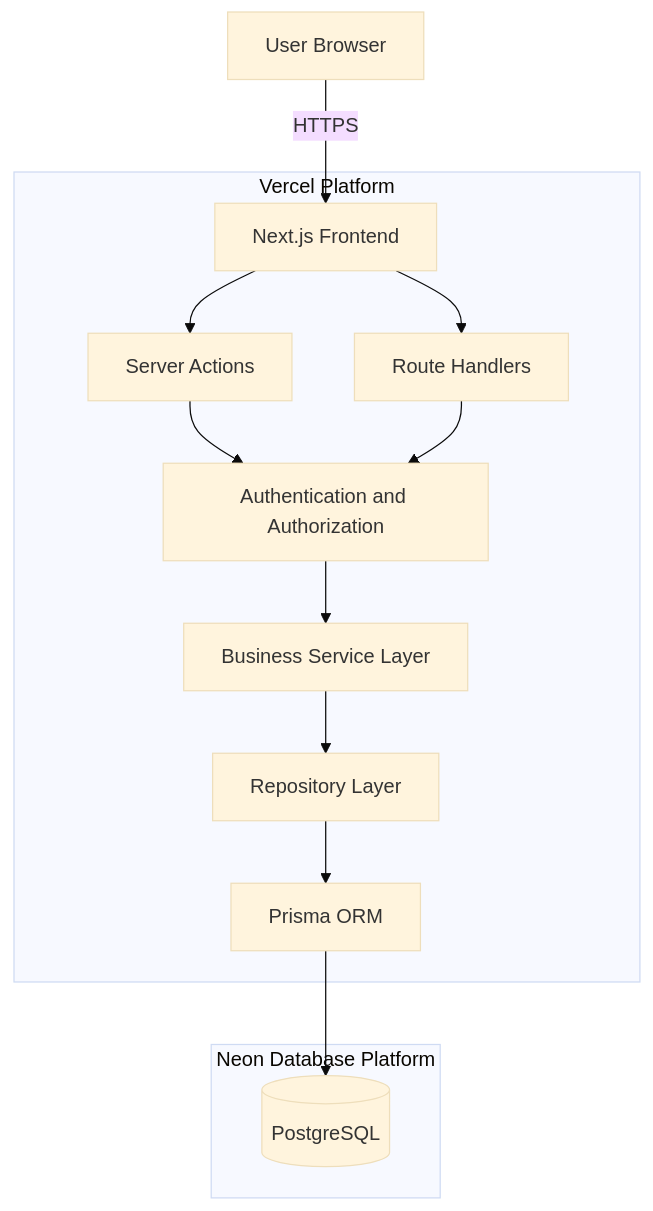
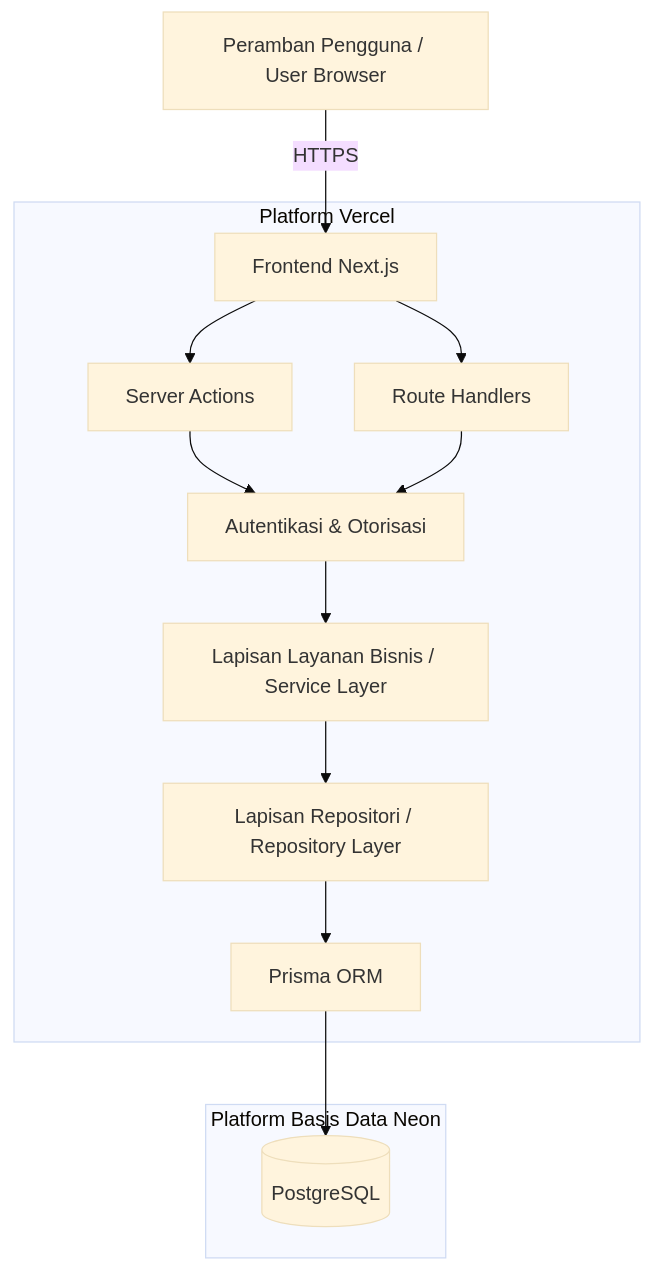
Before and after one commit to ZyxxBoy/cashierflow: the first of 10 diagrams in docs/architecture.md, drawn with Mermaid (base theme). The commit also changed other lines of this file and 7 other files, not shown here.

````diff
--- a/docs/architecture.md
+++ b/docs/architecture.md
@@ -39,28 +35,28 @@
 ```mermaid
 flowchart TD
-    USER[User Browser]
+    USER[Peramban Pengguna / User Browser]
 
-    subgraph VERCEL[Vercel Platform]
-        UI[Next.js Frontend]
+    subgraph VERCEL[Platform Vercel]
+        UI[Frontend Next.js]
         ACTIONS[Server Actions]
         API[Route Handlers]
-        AUTH[Authentication and Authorization]
-        SERVICE[Business Service Layer]
-        REPO[Repository Layer]
+        AUTH[Autentikasi & Otorisasi]
+        SERVICE[Lapisan Layanan Bisnis / Service Layer]
+        REPO[Lapisan Repositori / Repository Layer]
         ORM[Prisma ORM]
     end
 
-    subgraph NEON[Neon Database Platform]
+    subgraph NEON[Platform Basis Data Neon]
         DB[(PostgreSQL)]
     end
 
     USER -->|HTTPS| UI
     UI --> ACTIONS
     UI --> API
     ACTIONS --> AUTH
     API --> AUTH
     AUTH --> SERVICE
     SERVICE --> REPO
     REPO --> ORM
     ORM --> DB
 ```
````
